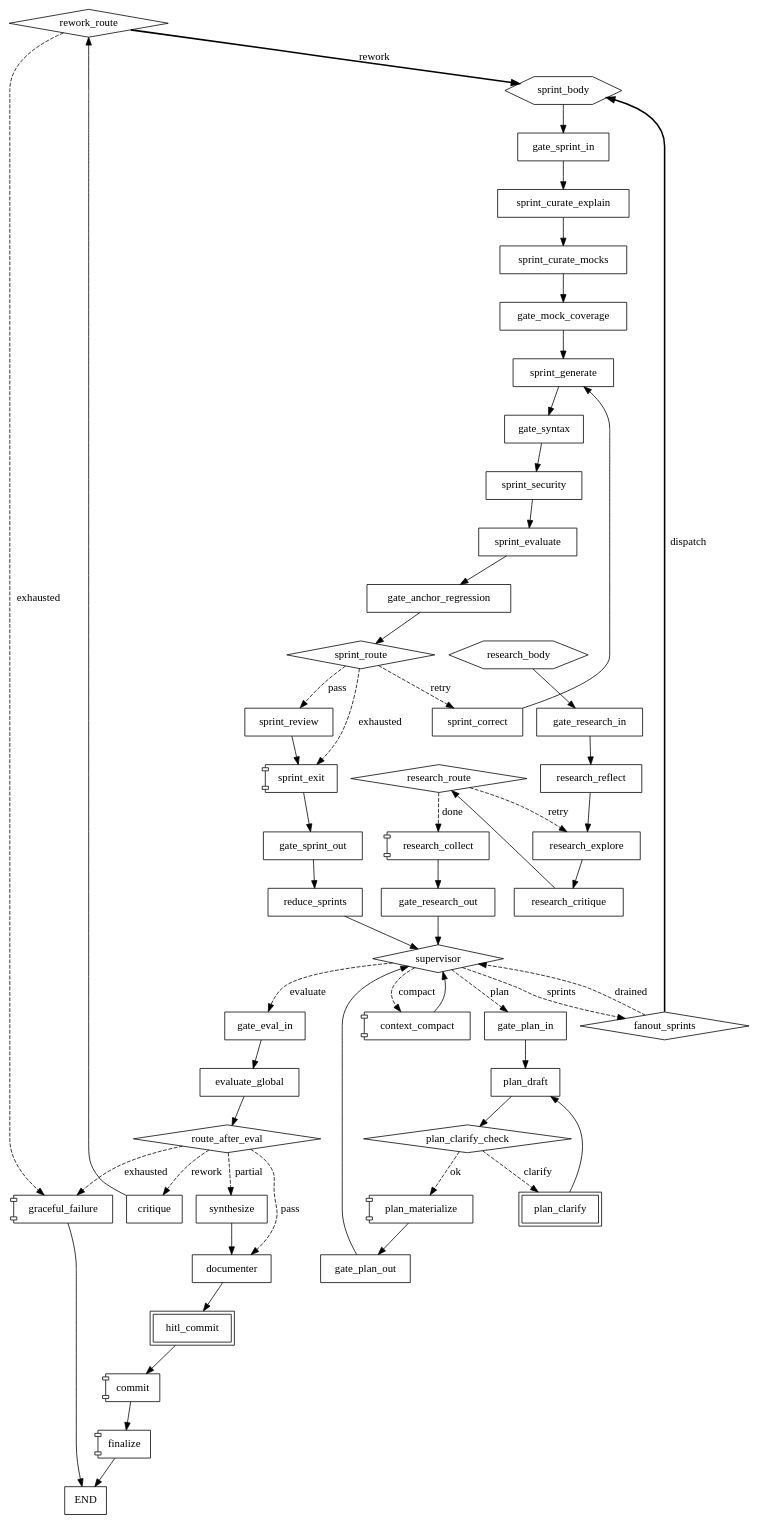
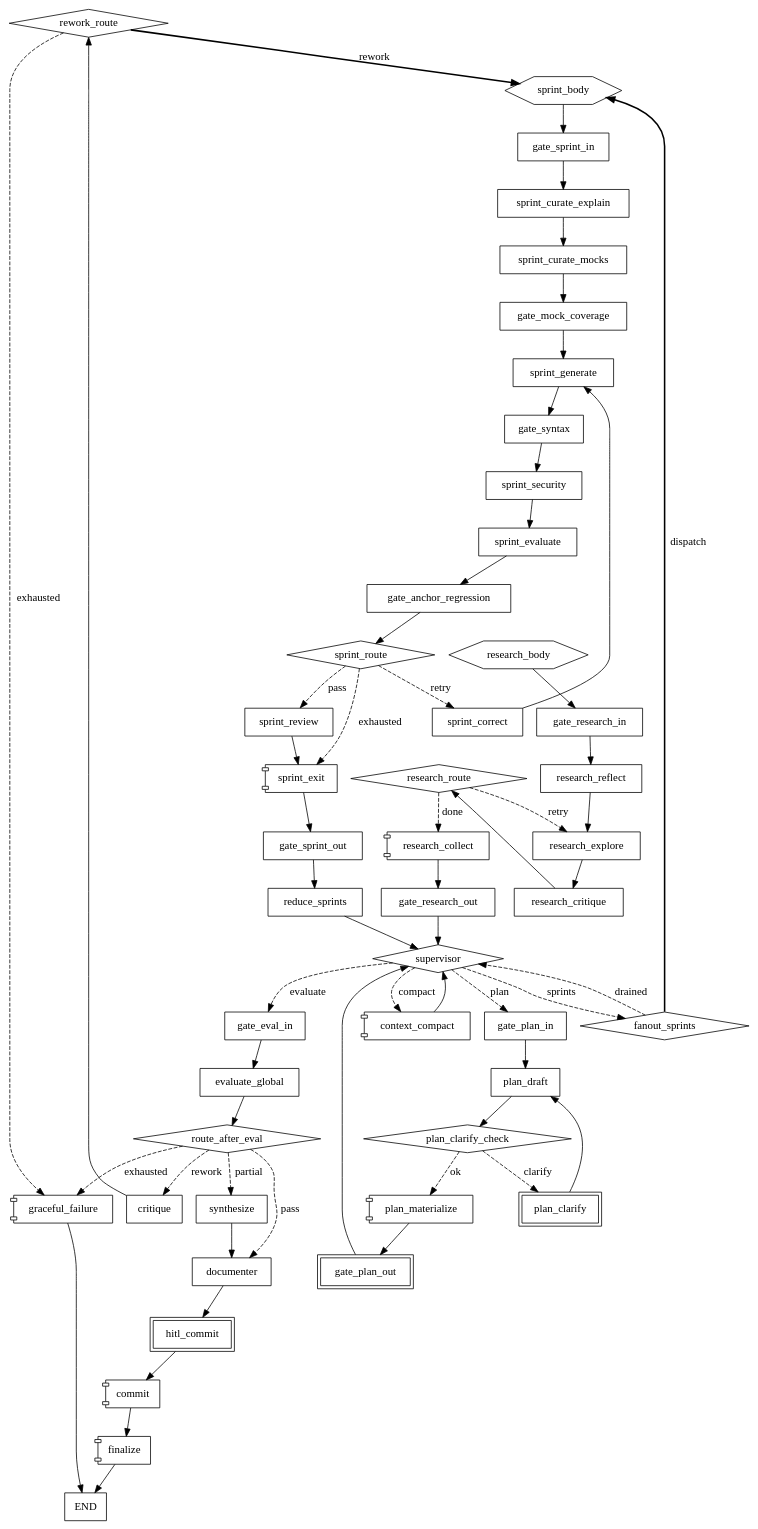
One commit to BOBER3r/agent-bober changed the diagram in src/pge/topology/__fixtures__/coding.dot. Above: the diagram before and after it, drawn with Graphviz. The commit also changed 18 other files, not shown here.

```diff
--- a/src/pge/topology/__fixtures__/coding.dot
+++ b/src/pge/topology/__fixtures__/coding.dot
@@ -1,105 +1,105 @@
 digraph "coding" {
-  // coding v1.4.0 - 44 nodes, 56 edges - generated by bober pge render
+  // coding v1.5.0 - 44 nodes, 56 edges - generated by bober pge render
   rankdir=TB;
   node [shape=box];
   "commit" [label="commit", shape=component];
   "context_compact" [label="context_compact", shape=component];
   "critique" [label="critique", shape=box];
   "documenter" [label="documenter", shape=box];
   "evaluate_global" [label="evaluate_global", shape=box];
   "fanout_sprints" [label="fanout_sprints", shape=diamond];
   "finalize" [label="finalize", shape=component];
   "gate_anchor_regression" [label="gate_anchor_regression", shape=box];
   "gate_eval_in" [label="gate_eval_in", shape=box];
   "gate_mock_coverage" [label="gate_mock_coverage", shape=box];
   "gate_plan_in" [label="gate_plan_in", shape=box];
-  "gate_plan_out" [label="gate_plan_out", shape=box];
+  "gate_plan_out" [label="gate_plan_out", shape=box, peripheries=2];
   "gate_research_in" [label="gate_research_in", shape=box];
   "gate_research_out" [label="gate_research_out", shape=box];
   "gate_sprint_in" [label="gate_sprint_in", shape=box];
   "gate_sprint_out" [label="gate_sprint_out", shape=box];
   "gate_syntax" [label="gate_syntax", shape=box];
   "graceful_failure" [label="graceful_failure", shape=component];
   "hitl_commit" [label="hitl_commit", shape=box, peripheries=2];
   "plan_clarify" [label="plan_clarify", shape=box, peripheries=2];
   "plan_clarify_check" [label="plan_clarify_check", shape=diamond];
   "plan_draft" [label="plan_draft", shape=box];
   "plan_materialize" [label="plan_materialize", shape=component];
   "reduce_sprints" [label="reduce_sprints", shape=box];
   "research_body" [label="research_body", shape=hexagon];
   "research_collect" [label="research_collect", shape=component];
   "research_critique" [label="research_critique", shape=box];
   "research_explore" [label="research_explore", shape=box];
   "research_reflect" [label="research_reflect", shape=box];
   "research_route" [label="research_route", shape=diamond];
   "rework_route" [label="rework_route", shape=diamond];
   "route_after_eval" [label="route_after_eval", shape=diamond];
   "sprint_body" [label="sprint_body", shape=hexagon];
   "sprint_correct" [label="sprint_correct", shape=box];
   "sprint_curate_explain" [label="sprint_curate_explain", shape=box];
   "sprint_curate_mocks" [label="sprint_curate_mocks", shape=box];
   "sprint_evaluate" [label="sprint_evaluate", shape=box];
   "sprint_exit" [label="sprint_exit", shape=component];
   "sprint_generate" [label="sprint_generate", shape=box];
   "sprint_review" [label="sprint_review", shape=box];
   "sprint_route" [label="sprint_route", shape=diamond];
   "sprint_security" [label="sprint_security", shape=box];
   "supervisor" [label="supervisor", shape=diamond];
   "synthesize" [label="synthesize", shape=box];
   "hitl_commit" -> "commit";
   "commit" -> "finalize";
   "context_compact" -> "supervisor";
   "documenter" -> "hitl_commit";
   "critique" -> "rework_route";
   "route_after_eval" -> "graceful_failure" [label="exhausted", style=dashed];
   "gate_eval_in" -> "evaluate_global";
   "route_after_eval" -> "synthesize" [label="partial", style=dashed];
   "route_after_eval" -> "documenter" [label="pass", style=dashed];
   "route_after_eval" -> "critique" [label="rework", style=dashed];
   "evaluate_global" -> "route_after_eval";
   "synthesize" -> "documenter";
   "graceful_failure" -> "END";
   "finalize" -> "END";
   "plan_draft" -> "plan_clarify_check";
   "plan_clarify" -> "plan_draft";
   "plan_clarify_check" -> "plan_clarify" [label="clarify", style=dashed];
   "gate_plan_in" -> "plan_draft";
   "gate_plan_out" -> "supervisor";
   "plan_materialize" -> "gate_plan_out";
   "plan_clarify_check" -> "plan_materialize" [label="ok", style=dashed];
   "research_collect" -> "gate_research_out";
   "research_explore" -> "research_critique";
   "research_route" -> "research_collect" [label="done", style=dashed];
   "research_body" -> "gate_research_in";
   "gate_research_out" -> "supervisor";
   "research_reflect" -> "research_explore";
   "gate_research_in" -> "research_reflect";
   "research_route" -> "research_explore" [label="retry", style=dashed];
   "research_critique" -> "research_route";
   "rework_route" -> "sprint_body" [label="rework", style=bold];
   "rework_route" -> "graceful_failure" [label="exhausted", style=dashed];
   "sprint_evaluate" -> "gate_anchor_regression";
   "sprint_correct" -> "sprint_generate";
   "fanout_sprints" -> "sprint_body" [label="dispatch", style=bold];
   "fanout_sprints" -> "supervisor" [label="drained", style=dashed];
   "sprint_body" -> "gate_sprint_in";
   "sprint_security" -> "sprint_evaluate";
   "sprint_route" -> "sprint_exit" [label="exhausted", style=dashed];
   "reduce_sprints" -> "supervisor";
   "gate_sprint_in" -> "sprint_curate_explain";
   "gate_mock_coverage" -> "sprint_generate";
   "sprint_curate_mocks" -> "gate_mock_coverage";
   "sprint_curate_explain" -> "sprint_curate_mocks";
   "sprint_route" -> "sprint_review" [label="pass", style=dashed];
   "sprint_exit" -> "gate_sprint_out";
   "gate_sprint_out" -> "reduce_sprints";
   "sprint_route" -> "sprint_correct" [label="retry", style=dashed];
   "sprint_review" -> "sprint_exit";
   "gate_anchor_regression" -> "sprint_route";
   "gate_syntax" -> "sprint_security";
   "sprint_generate" -> "gate_syntax";
   "supervisor" -> "context_compact" [label="compact", style=dashed];
   "supervisor" -> "gate_eval_in" [label="evaluate", style=dashed];
   "supervisor" -> "gate_plan_in" [label="plan", style=dashed];
   "supervisor" -> "fanout_sprints" [label="sprints", style=dashed];
 }
```
